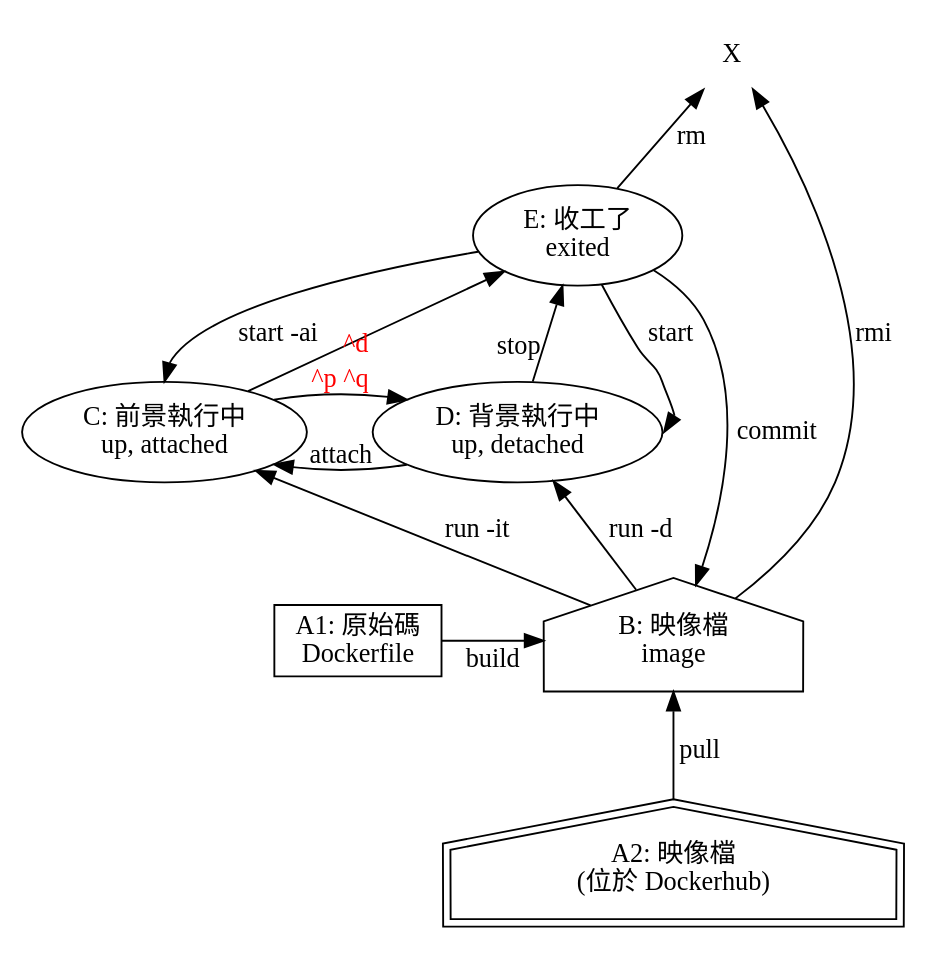
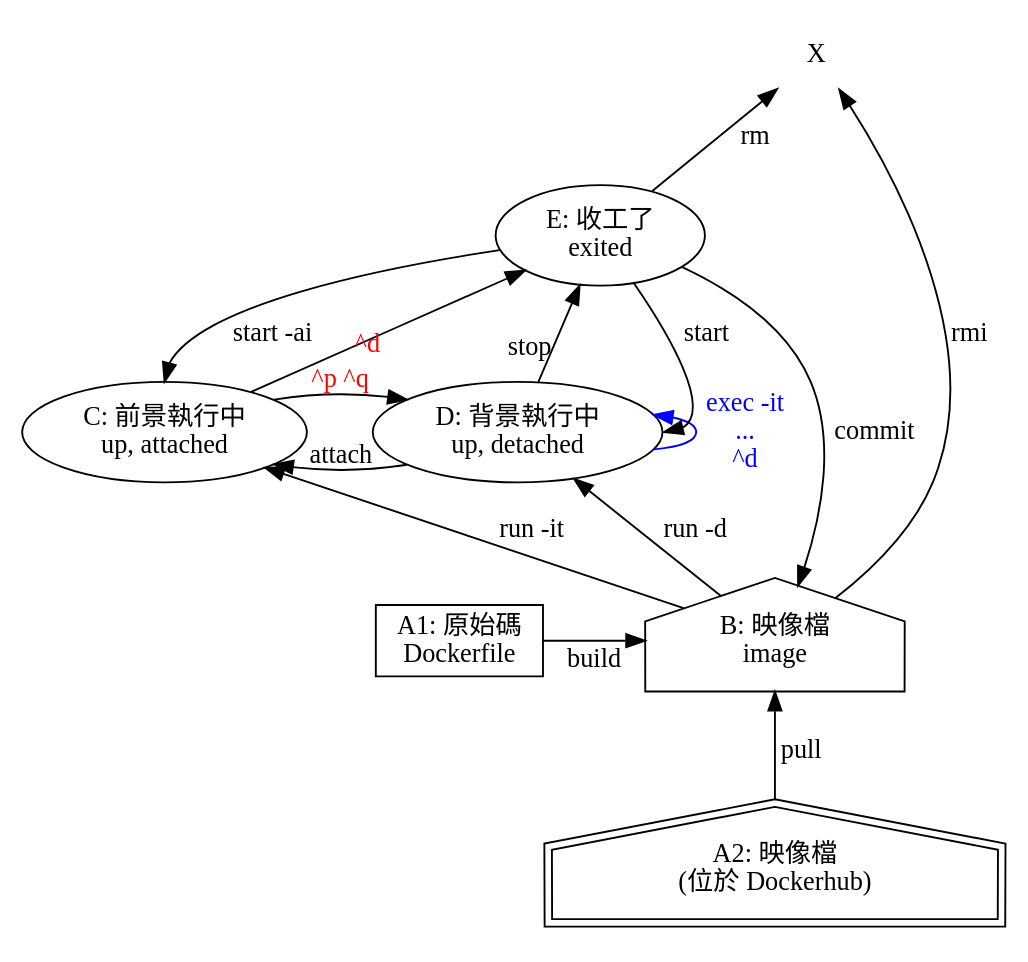
The diagram in a/m/17/docker-basics.dot (ckhung/ckhung.github.io), drawn with Graphviz before and after one commit. The commit also changed 1 other file, not shown here.

```diff
--- a/a/m/17/docker-basics.dot
+++ b/a/m/17/docker-basics.dot
@@ -1,34 +1,35 @@
 // dot -Tsvg docker-basics.dot -o docker-basics.svg
 
 digraph "Docker 常用指令" {
 
     rankdir = BT;
     overlap = scale;
 
     source [ label="A1: 原始碼\nDockerfile"; shape=rectangle; ];
     hub [ label="A2: 映像檔\n(位於 Dockerhub)"; shape=house; peripheries=2; ];
     image [ label="B: 映像檔\nimage"; shape=house; ];
     attached [ label="C: 前景執行中\nup, attached"; ];
     detached [ label="D: 背景執行中\nup, detached"; ];
     exited [ label="E: 收工了\nexited"; ];
     removed [ label="X"; shape=none; ];
     { rank = same; attached; detached; }
     { rank = same; source; image; }
 
     source -> image [ label="build"; ];
     hub -> image [ label="pull"; ];
     image -> removed [ label="rmi"; ];
     image -> attached [ label="run -it"; ];
     image -> detached [ label="run -d"; ];
     attached -> detached [ xlabel="^p ^q"; fontcolor="red"; ];
     attached -> exited [ xlabel="^d"; fontcolor="red"; ];
     detached -> attached [ xlabel="attach"; ];
     detached -> exited [ xlabel="stop"; ];
+    detached -> detached [ label="exec -it\n...\n^d"; fontcolor="blue"; color="blue"; ];
     exited -> attached:n [ label="start -ai"; ];
     exited -> detached:e [ label="start"; ];
     exited -> removed [ label="rm"; ];
     exited -> image [ label="commit"; ];
 
 //    html -> graphic [ label="cutycapt" ];
 //    { text html csv } -> { dot gpt } [ label="RE" ];
 }
```
